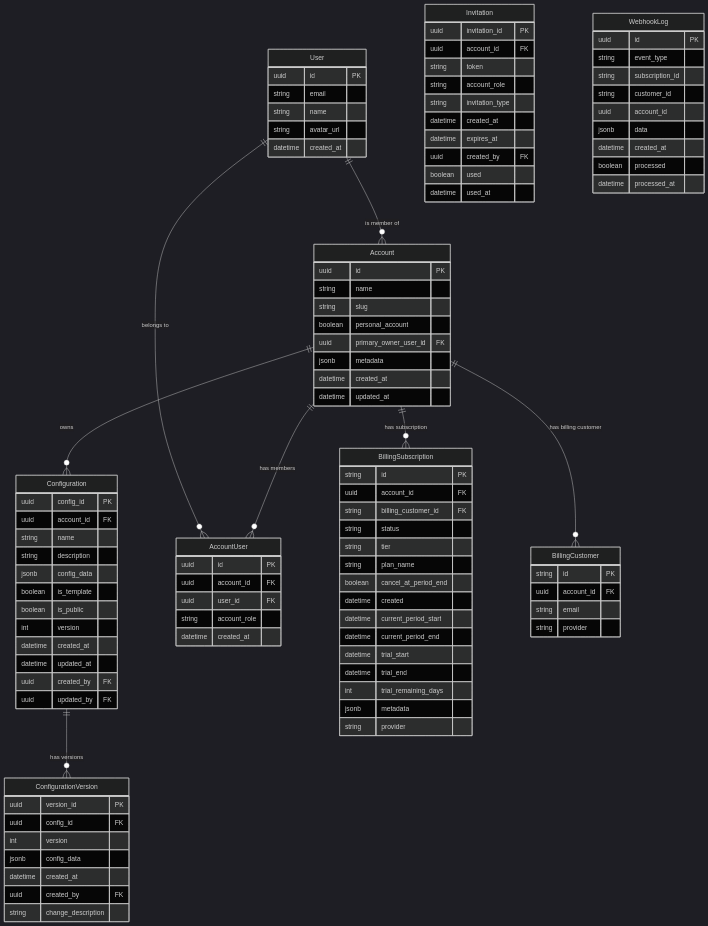
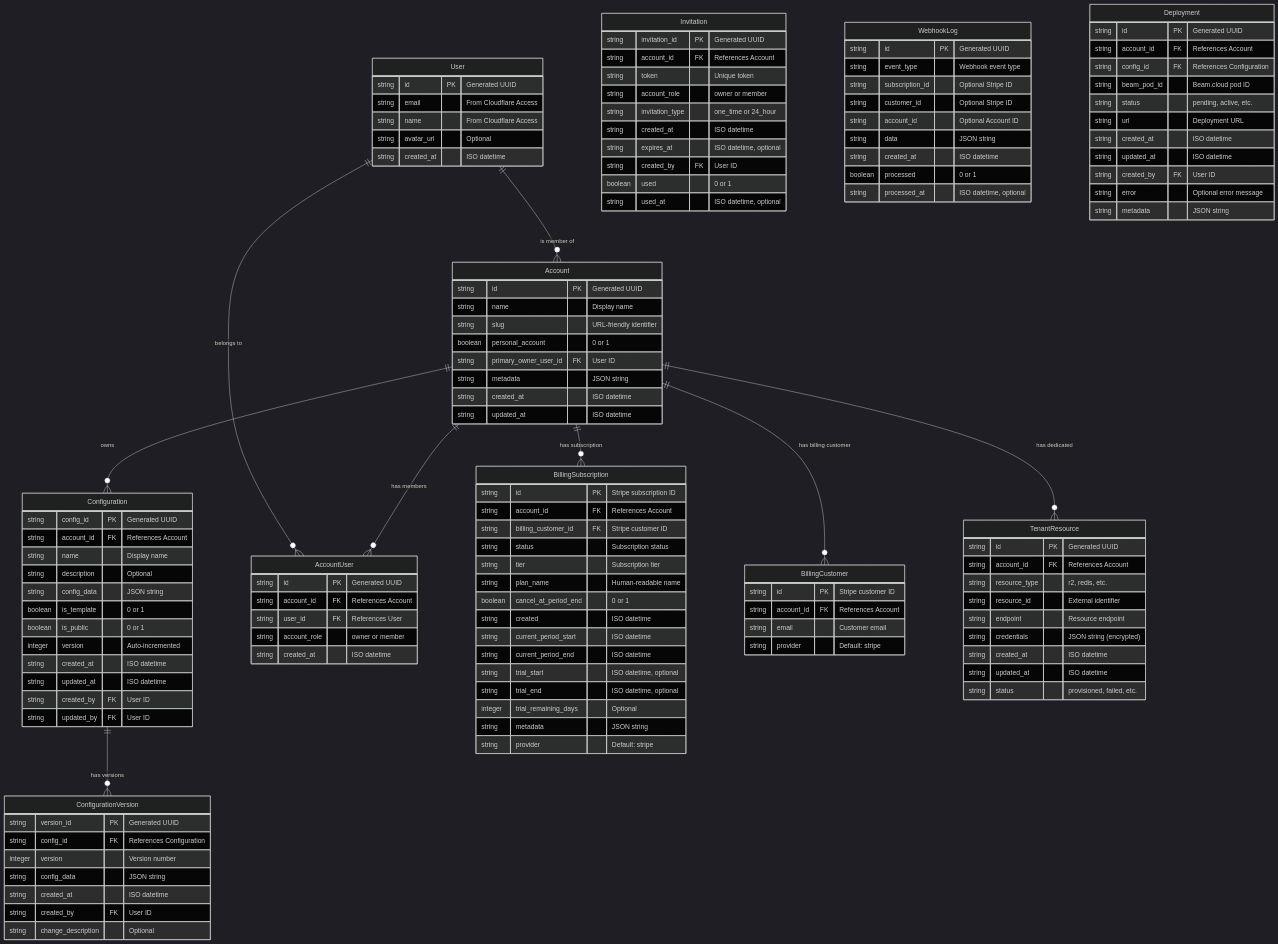
One commit to leger-labs/leger changed the diagram in backend/2-data-models.md. Above: the diagram before and after it, drawn with Mermaid (dark theme). The commit also changed other lines of this file and 12 other files, not shown here.

````diff
--- a/backend/2-data-models.md
+++ b/backend/2-data-models.md
@@ -9,106 +11,133 @@
     User ||--o{ AccountUser : "belongs to"
     Account ||--o{ BillingSubscription : "has subscription"
     Account ||--o{ BillingCustomer : "has billing customer"
+    Account ||--o{ TenantResource : "has dedicated"
     
     User {
-        uuid id PK
-        string email
-        string name
-        string avatar_url
-        datetime created_at
+        string id PK "Generated UUID"
+        string email "From Cloudflare Access"
+        string name "From Cloudflare Access"
+        string avatar_url "Optional"
+        string created_at "ISO datetime"
     }
     
     Account {
-        uuid id PK
-        string name
-        string slug
-        boolean personal_account
-        uuid primary_owner_user_id FK
-        jsonb metadata
-        datetime created_at
-        datetime updated_at
+        string id PK "Generated UUID"
+        string name "Display name"
+        string slug "URL-friendly identifier"
+        boolean personal_account "0 or 1"
+        string primary_owner_user_id FK "User ID"
+        string metadata "JSON string"
+        string created_at "ISO datetime"
+        string updated_at "ISO datetime"
     }
     
     AccountUser {
-        uuid id PK
-        uuid account_id FK
-        uuid user_id FK
-        string account_role
-        datetime created_at
+        string id PK "Generated UUID"
+        string account_id FK "References Account"
+        string user_id FK "References User"
+        string account_role "owner or member"
+        string created_at "ISO datetime"
     }
     
     Configuration {
-        uuid config_id PK
-        uuid account_id FK
-        string name
-        string description
-        jsonb config_data
-        boolean is_template
-        boolean is_public
-        int version
-        datetime created_at
-        datetime updated_at
-        uuid created_by FK
-        uuid updated_by FK
+        string config_id PK "Generated UUID"
+        string account_id FK "References Account"
+        string name "Display name"
+        string description "Optional"
+        string config_data "JSON string"
+        boolean is_template "0 or 1"
+        boolean is_public "0 or 1"
+        integer version "Auto-incremented"
+        string created_at "ISO datetime"
+        string updated_at "ISO datetime"
+        string created_by FK "User ID"
+        string updated_by FK "User ID"
     }
     
     ConfigurationVersion {
-        uuid version_id PK
-        uuid config_id FK
-        int version
-        jsonb config_data
-        datetime created_at
-        uuid created_by FK
-        string change_description
+        string version_id PK "Generated UUID"
+        string config_id FK "References Configuration"
+        integer version "Version number"
+        string config_data "JSON string"
+        string created_at "ISO datetime"
+        string created_by FK "User ID"
+        string change_description "Optional"
     }
     
     BillingSubscription {
-        string id PK
-        uuid account_id FK
-        string billing_customer_id FK
-        string status
-        string tier
-        string plan_name
-        boolean cancel_at_period_end
-        datetime created
-        datetime current_period_start
-        datetime current_period_end
-        datetime trial_start
-        datetime trial_end
-        int trial_remaining_days
-        jsonb metadata
-        string provider
+        string id PK "Stripe subscription ID"
+        string account_id FK "References Account"
+        string billing_customer_id FK "Stripe customer ID"
+        string status "Subscription status"
+        string tier "Subscription tier"
+        string plan_name "Human-readable name"
+        boolean cancel_at_period_end "0 or 1"
+        string created "ISO datetime"
+        string current_period_start "ISO datetime"
+        string current_period_end "ISO datetime"
+        string trial_start "ISO datetime, optional"
+        string trial_end "ISO datetime, optional"
+        integer trial_remaining_days "Optional"
+        string metadata "JSON string"
+        string provider "Default: stripe"
     }
     
     BillingCustomer {
-        string id PK
-        uuid account_id FK
-        string email
-        string provider
+        string id PK "Stripe customer ID"
+        string account_id FK "References Account"
+        string email "Customer email"
+        string provider "Default: stripe"
     }
     
     Invitation {
-        uuid invitation_id PK
-        uuid account_id FK
-        string token
-        string account_role
-        string invitation_type
-        datetime created_at
-        datetime expires_at
-        uuid created_by FK
-        boolean used
-        datetime used_at
+        string invitation_id PK "Generated UUID"
+        string account_id FK "References Account"
+        string token "Unique token"
+        string account_role "owner or member"
+        string invitation_type "one_time or 24_hour"
+        string created_at "ISO datetime"
+        string expires_at "ISO datetime, optional"
+        string created_by FK "User ID"
+        boolean used "0 or 1"
+        string used_at "ISO datetime, optional"
     }
     
     WebhookLog {
-        uuid id PK
-        string event_type
-        string subscription_id
-        string customer_id
-        uuid account_id
-        jsonb data
-        datetime created_at
-        boolean processed
-        datetime processed_at
+        string id PK "Generated UUID"
+        string event_type "Webhook event type"
+        string subscription_id "Optional Stripe ID"
+        string customer_id "Optional Stripe ID"
+        string account_id "Optional Account ID"
+        string data "JSON string"
+        string created_at "ISO datetime"
+        boolean processed "0 or 1"
+        string processed_at "ISO datetime, optional"
+    }
+
+    TenantResource {
+        string id PK "Generated UUID"
+        string account_id FK "References Account"
+        string resource_type "r2, redis, etc."
+        string resource_id "External identifier"
+        string endpoint "Resource endpoint"
+        string credentials "JSON string (encrypted)"
+        string created_at "ISO datetime"
+        string updated_at "ISO datetime"
+        string status "provisioned, failed, etc."
+    }
+
+    Deployment {
+        string id PK "Generated UUID"
+        string account_id FK "References Account"
+        string config_id FK "References Configuration"
+        string beam_pod_id "Beam.cloud pod ID"
+        string status "pending, active, etc."
+        string url "Deployment URL"
+        string created_at "ISO datetime"
+        string updated_at "ISO datetime"
+        string created_by FK "User ID"
+        string error "Optional error message"
+        string metadata "JSON string"
     }
 ```
````
